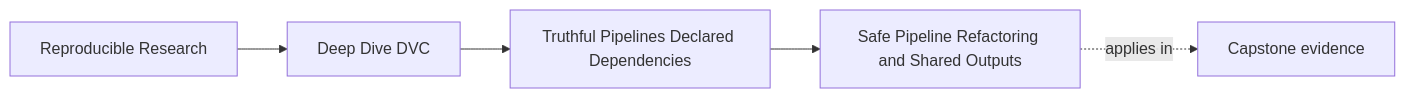
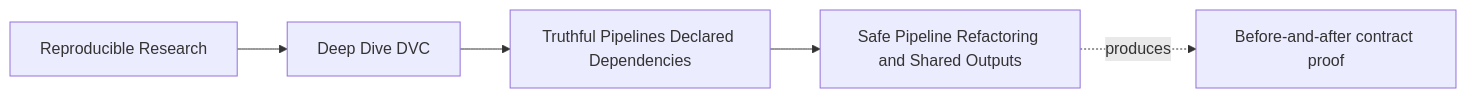
One commit to bijux/bijux-masterclass changed the first of 4 diagrams in programs/reproducible-research/deep-dive-dvc/course-book/module-04-truthful-pipelines-declared-dependencies/safe-pipeline-refactoring-and-shared-outputs.md. Above: the diagram before and after it, drawn with Mermaid. The commit also changed other lines of this file, not shown here.

````diff
--- a/programs/reproducible-research/deep-dive-dvc/course-book/module-04-truthful-pipelines-declared-dependencies/safe-pipeline-refactoring-and-shared-outputs.md
+++ b/programs/reproducible-research/deep-dive-dvc/course-book/module-04-truthful-pipelines-declared-dependencies/safe-pipeline-refactoring-and-shared-outputs.md
@@ -7,11 +6,11 @@
 ```mermaid
 graph LR
   family["Reproducible Research"]
   program["Deep Dive DVC"]
   section["Truthful Pipelines Declared Dependencies"]
   page["Safe Pipeline Refactoring and Shared Outputs"]
-  capstone["Capstone evidence"]
+  proof["Before-and-after contract proof"]
 
   family --> program --> section --> page
-  page -.applies in.-> capstone
+  page -.produces.-> proof
 ```
````
